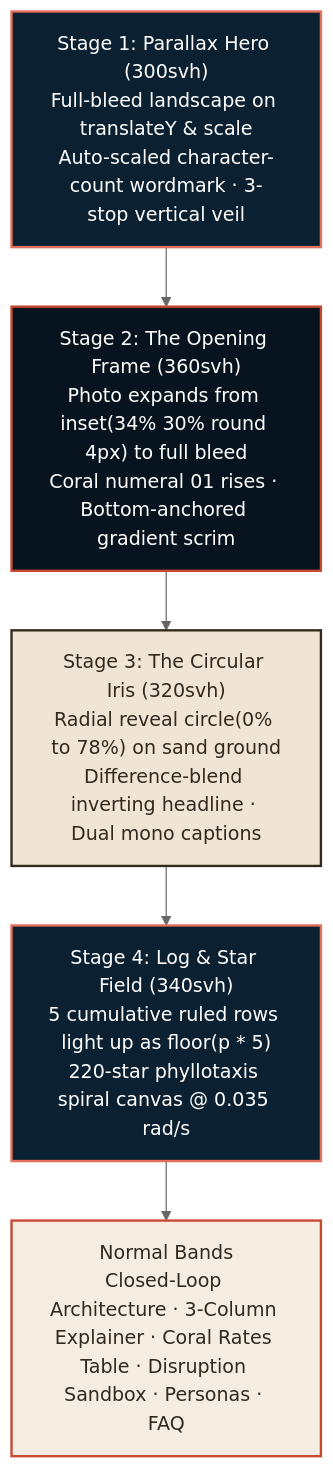
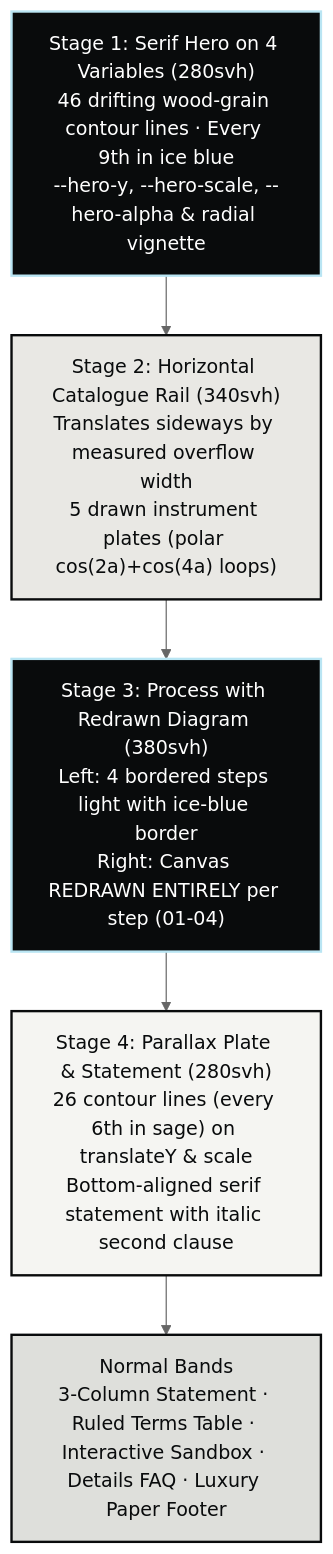
One commit to Mayank-iitj/Rebound changed the first of 5 diagrams in README.md. Above: the diagram before and after it, drawn with Mermaid (neutral theme). The commit also changed other lines of this file, not shown here.

Commit message:
docs(readme): document quiet luxury scroll choreography, redrawn canvas diagrams, and polar loop plates

````diff
--- a/README.md
+++ b/README.md
@@ -61,13 +61,13 @@
 ```mermaid
 graph TD
-    Stage1["Stage 1: Parallax Hero (300svh)<br/>Full-bleed landscape on translateY & scale<br/>Auto-scaled character-count wordmark · 3-stop vertical veil"] --> Stage2["Stage 2: The Opening Frame (360svh)<br/>Photo expands from inset(34% 30% round 4px) to full bleed<br/>Coral numeral 01 rises · Bottom-anchored gradient scrim"]
-    Stage2 --> Stage3["Stage 3: The Circular Iris (320svh)<br/>Radial reveal circle(0% to 78%) on sand ground<br/>Difference-blend inverting headline · Dual mono captions"]
-    Stage3 --> Stage4["Stage 4: Log & Star Field (340svh)<br/>5 cumulative ruled rows light up as floor(p * 5)<br/>220-star phyllotaxis spiral canvas @ 0.035 rad/s"]
-    Stage4 --> Bands["Normal Bands<br/>Closed-Loop Architecture · 3-Column Explainer · Coral Rates Table · Disruption Sandbox · Personas · FAQ"]
+    Stage1["Stage 1: Serif Hero on 4 Variables (280svh)<br/>46 drifting wood-grain contour lines · Every 9th in ice blue<br/>--hero-y, --hero-scale, --hero-alpha & radial vignette"] --> Stage2["Stage 2: Horizontal Catalogue Rail (340svh)<br/>Translates sideways by measured overflow width<br/>5 drawn instrument plates (polar cos(2a)+cos(4a) loops)"]
+    Stage2 --> Stage3["Stage 3: Process with Redrawn Diagram (380svh)<br/>Left: 4 bordered steps light with ice-blue border<br/>Right: Canvas REDRAWN ENTIRELY per step (01-04)"]
+    Stage3 --> Stage4["Stage 4: Parallax Plate & Statement (280svh)<br/>26 contour lines (every 6th in sage) on translateY & scale<br/>Bottom-aligned serif statement with italic second clause"]
+    Stage4 --> Bands["Normal Bands<br/>3-Column Statement · Ruled Terms Table · Interactive Sandbox · Details FAQ · Luxury Paper Footer"]
 
-    style Stage1 fill:#0B2030,stroke:#E2705A,stroke-width:2px,color:#fff
-    style Stage2 fill:#07141F,stroke:#C64A32,stroke-width:2px,color:#fff
-    style Stage3 fill:#F0E5D4,stroke:#33291E,stroke-width:2px,color:#33291E
-    style Stage4 fill:#0B2030,stroke:#E2705A,stroke-width:2px,color:#fff
-    style Bands fill:#F5EDE2,stroke:#C64A32,stroke-width:2px,color:#33291E
+    style Stage1 fill:#090B0C,stroke:#B9E5F3,stroke-width:2px,color:#fff
+    style Stage2 fill:#E9E8E4,stroke:#090B0C,stroke-width:2px,color:#090B0C
+    style Stage3 fill:#090B0C,stroke:#B9E5F3,stroke-width:2px,color:#fff
+    style Stage4 fill:#F5F5F2,stroke:#090B0C,stroke-width:2px,color:#090B0C
+    style Bands fill:#DEDFDB,stroke:#090B0C,stroke-width:2px,color:#090B0C
 ```
````
